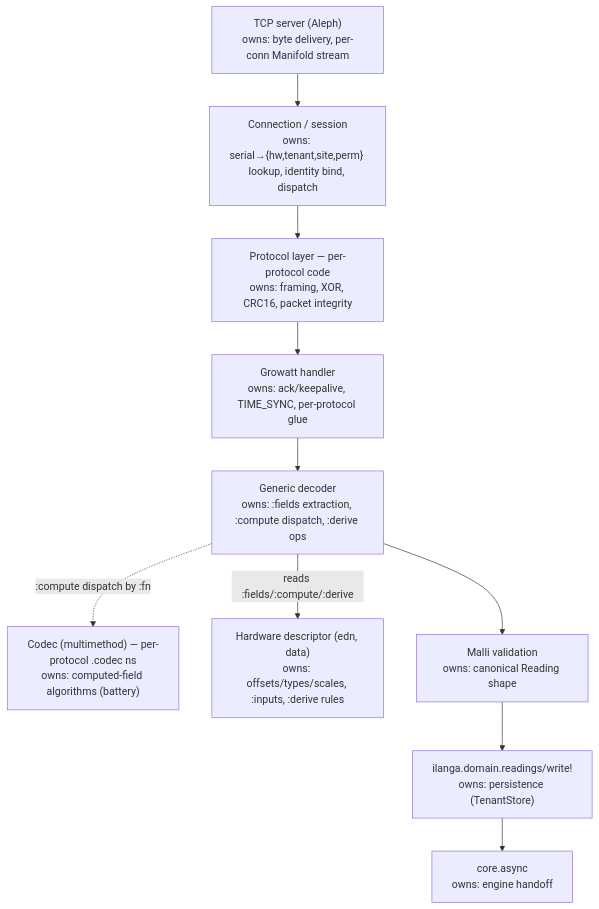
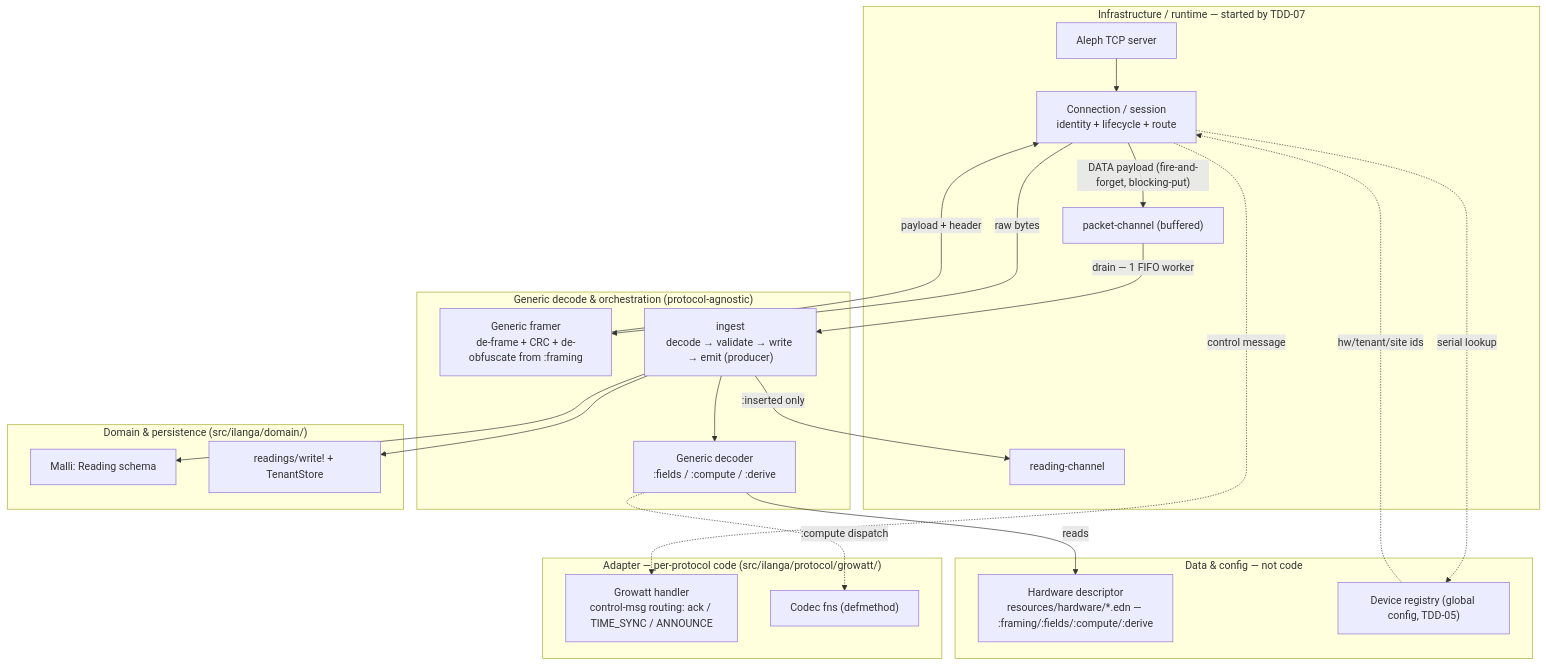
Before and after one commit to GomoSDG/ilanga: the diagram in doc/design/01-ingestion-device-identity.md, drawn with Mermaid. The commit also changed other lines of this file and 1 other file, not shown here.

Commit message:
doc: settle component responsibility + structural fire-and-forget pipeline (TDD-01), reconcile ADR-018 framing clause
TDD-01: banded component diagram (Infra/Generic/Adapter/Data/Domain),
table restated as Responsibility (accountability+guarantee) with Collaborators;
add ingest (channel producer, emits on :inserted) and generic framer
(data-driven from :framing, at the connection); two core.async channels
(packet-channel buffered/blocking-put, reading-channel); structural
fire-and-forget decode pipeline.

ADR-018: framing is data-driven from :framing (generic framer), not
per-protocol code; handler shrinks to control-message routing; offsets
live in the edn, not code (ADR-033).

````diff
--- a/doc/design/01-ingestion-device-identity.md
+++ b/doc/design/01-ingestion-device-identity.md
@@ -17,18 +17,41 @@
 ```mermaid
 flowchart TD
-    T["TCP server (Aleph)<br/>owns: byte delivery, per-conn Manifold stream"]
-    C["Connection / session<br/>owns: serial→{hw,tenant,site,perm} lookup, identity bind, dispatch"]
-    F["Protocol layer — per-protocol code<br/>owns: framing, XOR, CRC16, packet integrity"]
-    H["Growatt handler<br/>owns: ack/keepalive, TIME_SYNC, per-protocol glue"]
-    D["Generic decoder<br/>owns: :fields extraction, :compute dispatch, :derive ops"]
-    K["Codec (multimethod) — per-protocol .codec ns<br/>owns: computed-field algorithms (battery)"]
-    DESC["Hardware descriptor (edn, data)<br/>owns: offsets/types/scales, :inputs, :derive rules"]
-    M["Malli validation<br/>owns: canonical Reading shape"]
-    W["ilanga.domain.readings/write!<br/>owns: persistence (TenantStore)"]
-    CH["core.async<br/>owns: engine handoff"]
+    subgraph INFRA["Infrastructure / runtime — started by TDD-07"]
+        T["Aleph TCP server"]
+        S["Connection / session<br/>identity + lifecycle + route"]
+        PC["packet-channel (buffered)"]
+        RC["reading-channel"]
+    end
+    subgraph GENERIC["Generic decode & orchestration (protocol-agnostic)"]
+        FR["Generic framer<br/>de-frame + CRC + de-obfuscate from :framing"]
+        D["Generic decoder<br/>:fields / :compute / :derive"]
+        IG["ingest<br/>decode → validate → write → emit (producer)"]
+    end
+    subgraph ADAPTER["Adapter — per-protocol code (src/ilanga/protocol/growatt/)"]
+        H["Growatt handler<br/>control-msg routing: ack / TIME_SYNC / ANNOUNCE"]
+        K["Codec fns (defmethod)"]
+    end
+    subgraph DATA["Data & config — not code"]
+        DESC["Hardware descriptor<br/>resources/hardware/*.edn — :framing/:fields/:compute/:derive"]
+        REG["Device registry (global config, TDD-05)"]
+    end
+    subgraph DOMAIN["Domain & persistence (src/ilanga/domain/)"]
+        M["Malli: Reading schema"]
+        W["readings/write! + TenantStore"]
+    end
 
-    T --> C --> F --> H --> D
-    D -->|reads :fields/:compute/:derive| DESC
-    D -.->|:compute dispatch by :fn| K
-    D --> M --> W --> CH
+    T --> S
+    S -->|raw bytes| FR
+    FR -->|payload + header| S
+    S -.->|control message| H
+    S -.->|serial lookup| REG
+    REG -.->|hw/tenant/site ids| S
+    S -->|"DATA payload (fire-and-forget, blocking-put)"| PC
+    PC -->|drain — 1 FIFO worker| IG
+    IG --> D
+    D -->|reads| DESC
+    D -.->|:compute dispatch| K
+    IG --> M
+    IG --> W
+    IG -->|:inserted only| RC
 ```
````
